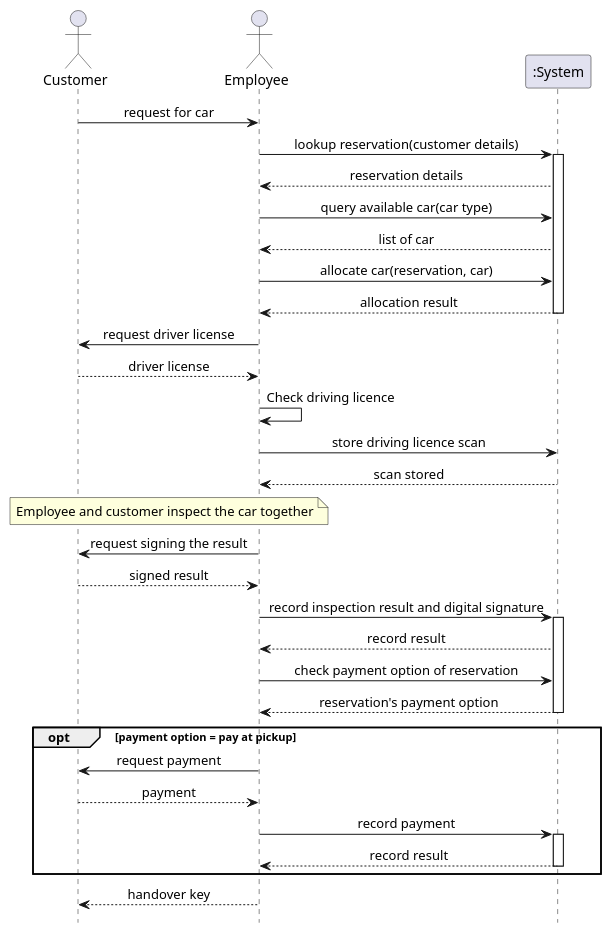
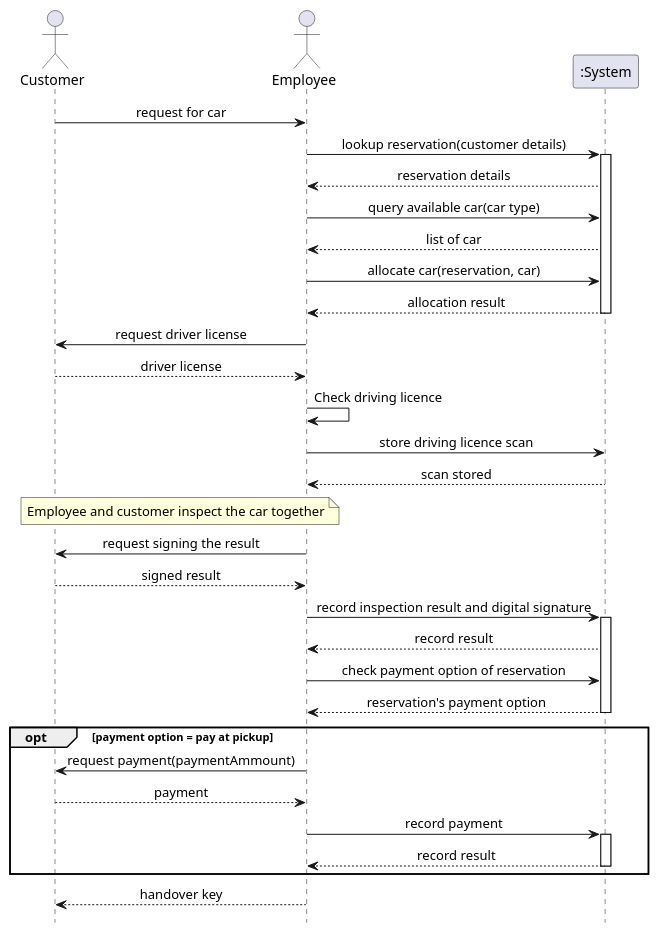
The diagram in digrams/sequence/pickup-with-condition.pu (chill-cats/MIAGE-I2S-Software-Design), drawn with PlantUML before and after one commit. The commit also changed 9 other files, not shown here.

```diff
--- a/digrams/sequence/pickup-with-condition.pu
+++ b/digrams/sequence/pickup-with-condition.pu
@@ -1,44 +1,44 @@
 @startuml pickup
 skinparam sequenceMessageAlign center
 actor Customer as cust
 actor Employee as emp
 
 participant ":System" as sys
 
 cust -> emp: request for car
 emp -> sys: lookup reservation(customer details)
 activate sys
 sys --> emp: reservation details
 emp -> sys: query available car(car type)
 sys --> emp: list of car
 emp -> sys: allocate car(reservation, car)
 sys --> emp: allocation result
 deactivate sys
 emp -> cust: request driver license
 cust --> emp: driver license
 emp -> emp: Check driving licence
 emp -> sys: store driving licence scan
 sys --> emp: scan stored
 note over emp, cust: Employee and customer inspect the car together
 emp -> cust: request signing the result
 cust --> emp: signed result
 emp -> sys: record inspection result and digital signature
 activate sys
 sys --> emp: record result
 emp -> sys: check payment option of reservation
 sys --> emp: reservation's payment option
 deactivate sys
 opt payment option = pay at pickup
-    emp -> cust: request payment
+    emp -> cust: request payment(paymentAmmount)
     cust --> emp: payment
     emp -> sys: record payment
     activate sys
     sys --> emp: record result
     deactivate sys
 end
 emp --> cust: handover key
 
 
 
 hide footbox
 @enduml
```
